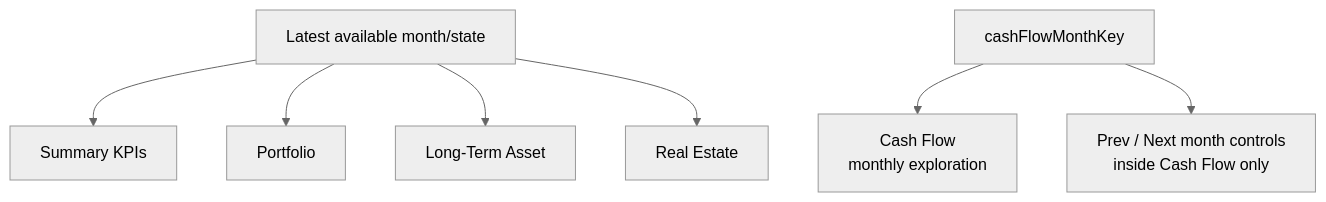
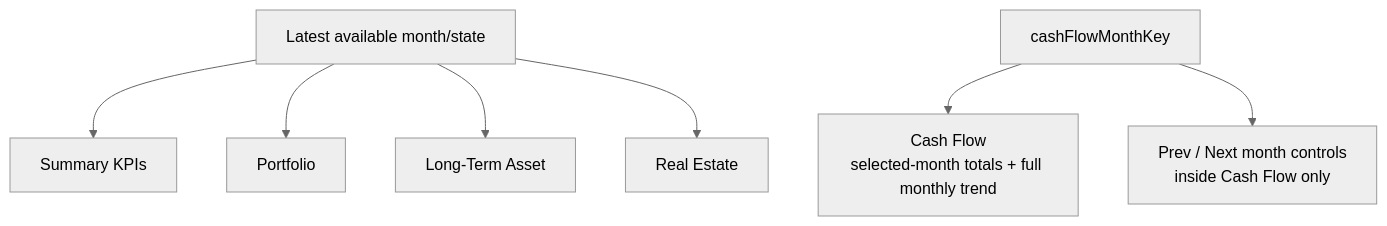
Before and after one commit to ksg0694-ops/NetVisualizer: the fifth of 13 diagrams in docs/02-design/current-architecture-map.md, drawn with Mermaid (neutral theme). The commit also changed other lines of this file and 2 other files, not shown here.

Commit message:
Simplify cash flow overview

````diff
--- a/docs/02-design/current-architecture-map.md
+++ b/docs/02-design/current-architecture-map.md
@@ -90,10 +90,10 @@
 ```mermaid
 flowchart TD
     LatestState["Latest available month/state"] --> Summary["Summary KPIs"]
     LatestState --> Portfolio["Portfolio"]
     LatestState --> AssetTrend["Long-Term Asset"]
     LatestState --> RealEstate["Real Estate"]
 
-    CashFlowMonth["cashFlowMonthKey"] --> CashFlow["Cash Flow\nmonthly exploration"]
+    CashFlowMonth["cashFlowMonthKey"] --> CashFlow["Cash Flow\nselected-month totals + full monthly trend"]
     CashFlowMonth --> MonthControls["Prev / Next month controls\ninside Cash Flow only"]
 ```
````
